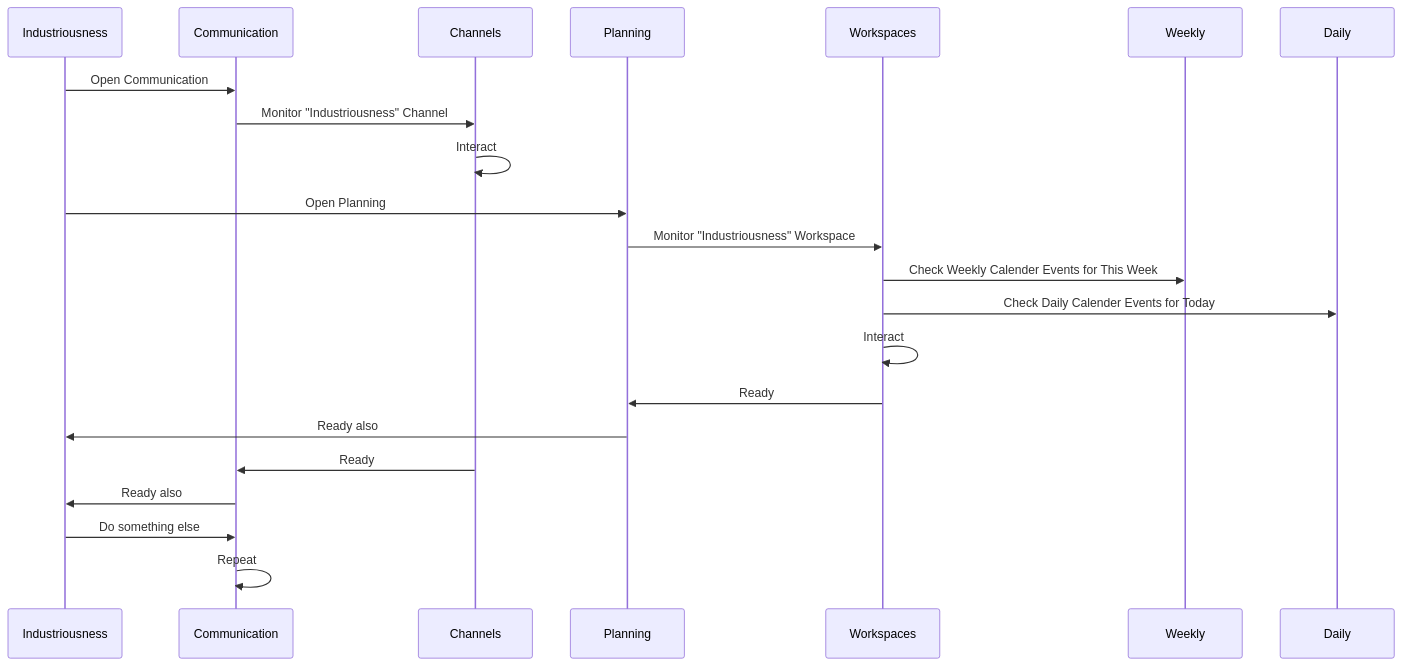
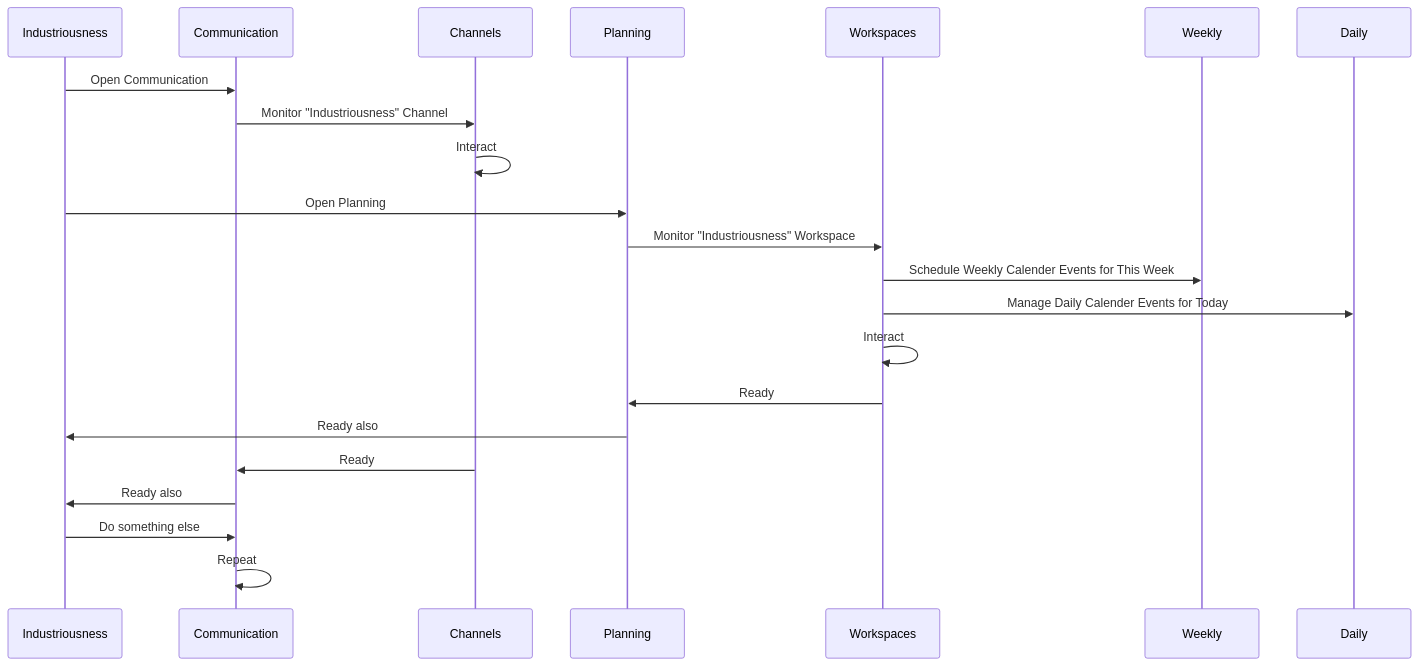
The second of 2 diagrams in 300/README.md (vanHeemstraSystems/industriousness), drawn with Mermaid before and after one commit. The commit also changed other lines of this file, not shown here.

````diff
--- a/300/README.md
+++ b/300/README.md
@@ -21,24 +21,24 @@
 ```mermaid
 sequenceDiagram
     participant Industriousness
     participant Communication
     participant Channels
     participant Planning
     participant Workspaces
     participant Weekly
     participant Daily
     Industriousness->>Communication: Open Communication
     Communication->>Channels: Monitor "Industriousness" Channel
     Channels->>Channels: Interact
     Industriousness->>Planning: Open Planning
     Planning->>Workspaces: Monitor "Industriousness" Workspace
-    Workspaces->>Weekly: Check Weekly Calender Events for This Week
-    Workspaces->>Daily: Check Daily Calender Events for Today
+    Workspaces->>Weekly: Schedule Weekly Calender Events for This Week
+    Workspaces->>Daily: Manage Daily Calender Events for Today
     Workspaces->>Workspaces: Interact
     Workspaces->>Planning: Ready
     Planning->>Industriousness: Ready also
     Channels->>Communication: Ready
     Communication->>Industriousness: Ready also
     Industriousness->>Communication: Do something else
     Communication->>Communication: Repeat
 ```
````
